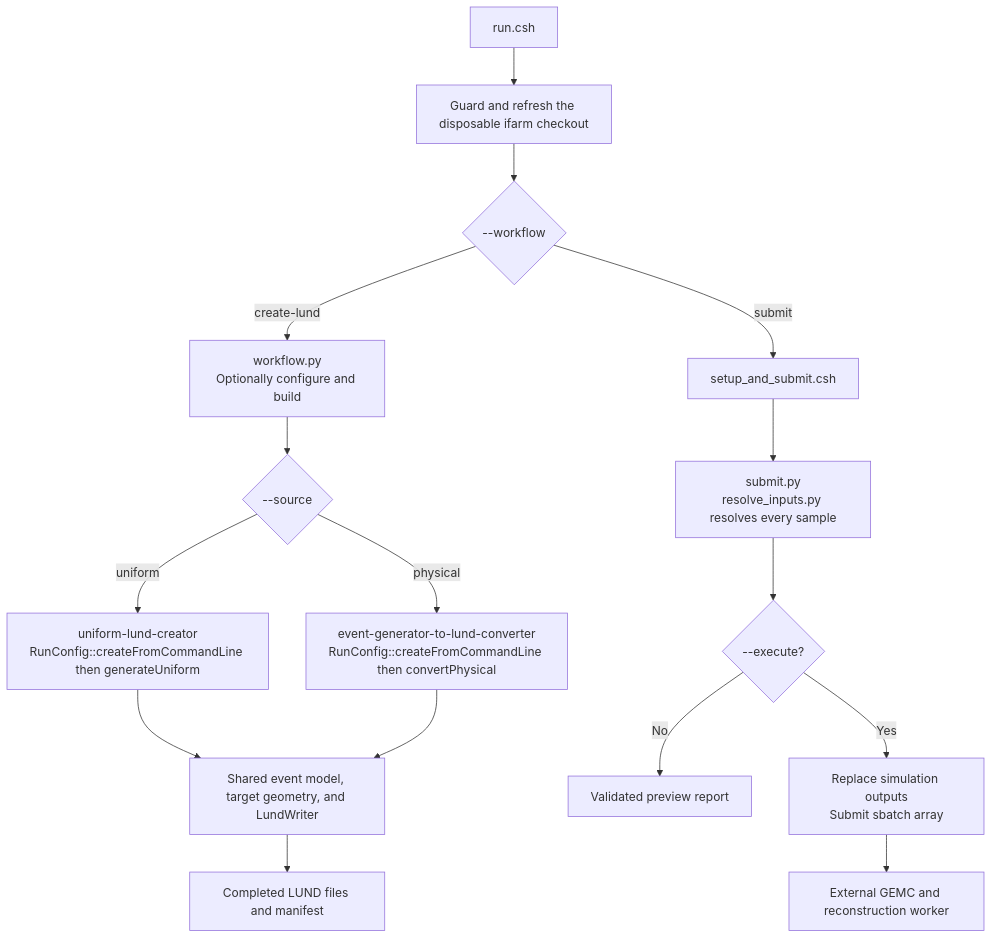
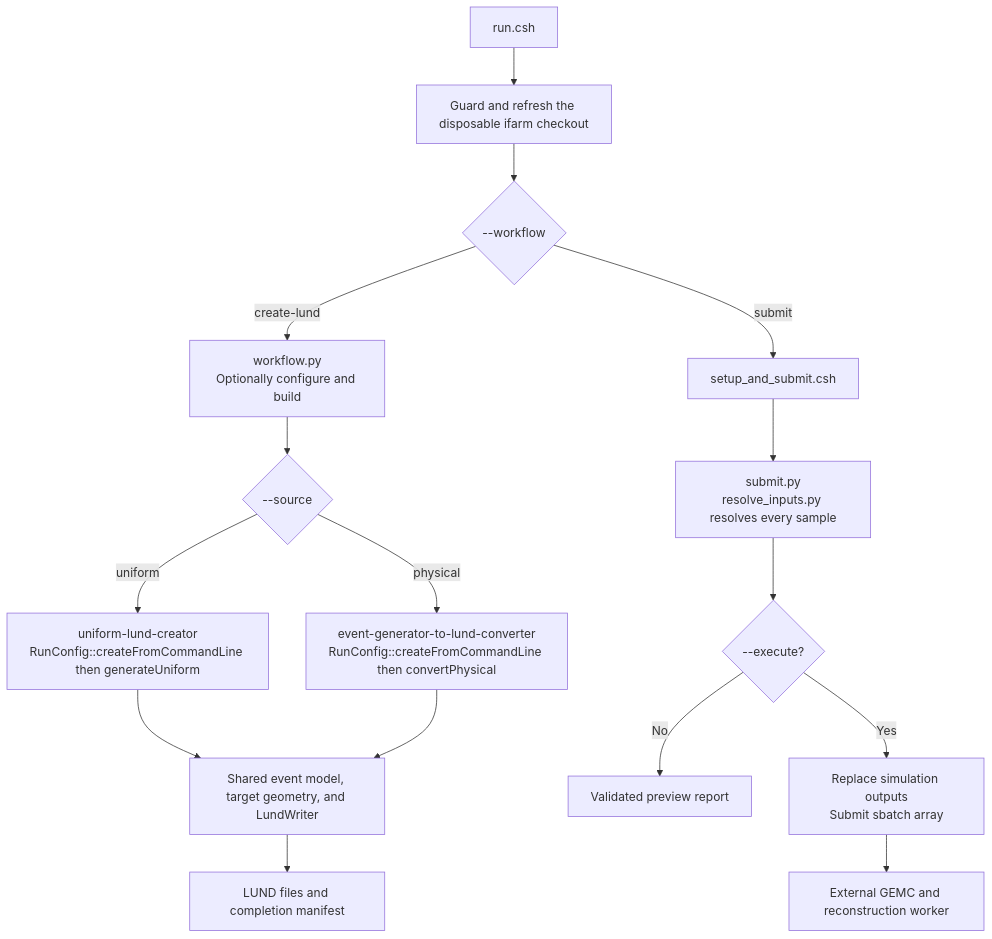
One commit to alons126/CLAS12-sample-generator changed the diagram in docs/concepts/architecture.md. Above: the diagram before and after it, drawn with Mermaid. The commit also changed other lines of this file and 31 other files, not shown here.

````diff
--- a/docs/concepts/architecture.md
+++ b/docs/concepts/architecture.md
@@ -47,20 +47,20 @@
 ```mermaid
 flowchart TB
     R["run.csh"] --> G["Guard and refresh the disposable ifarm checkout"]
     G --> W{"--workflow"}
 
     W -->|create-lund| L["workflow.py<br/>Optionally configure and build"]
     L --> S{"--source"}
     S -->|uniform| U["uniform-lund-creator<br/>RunConfig::createFromCommandLine then generateUniform"]
     S -->|physical| P["event-generator-to-lund-converter<br/>RunConfig::createFromCommandLine then convertPhysical"]
     U --> LW["Shared event model, target geometry, and LundWriter"]
     P --> LW
-    LW --> F["Completed LUND files and manifest"]
+    LW --> F["LUND files and completion manifest"]
 
     W -->|submit| C["setup_and_submit.csh"]
     C --> PY["submit.py<br/>resolve_inputs.py resolves every sample"]
     PY --> X{"--execute?"}
     X -->|No| V["Validated preview report"]
     X -->|Yes| A["Replace simulation outputs<br/>Submit sbatch array"]
     A --> J["External GEMC and reconstruction worker"]
 ```
````
